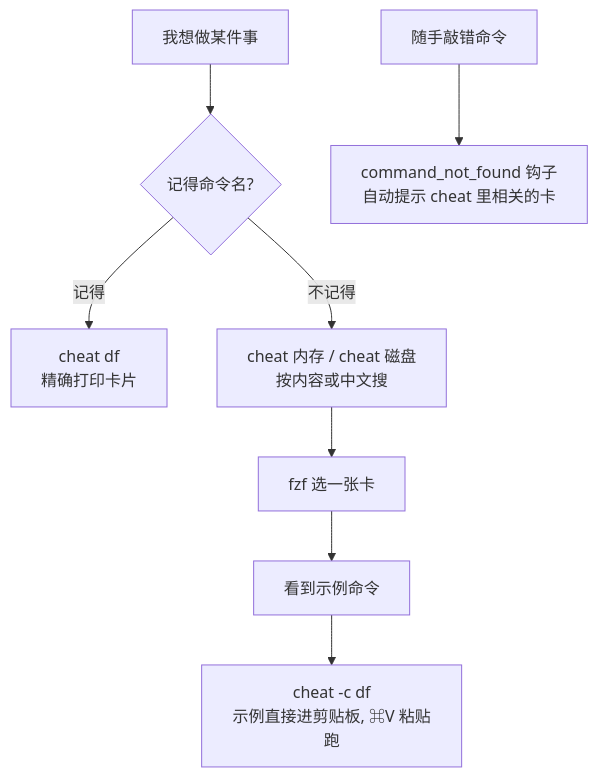
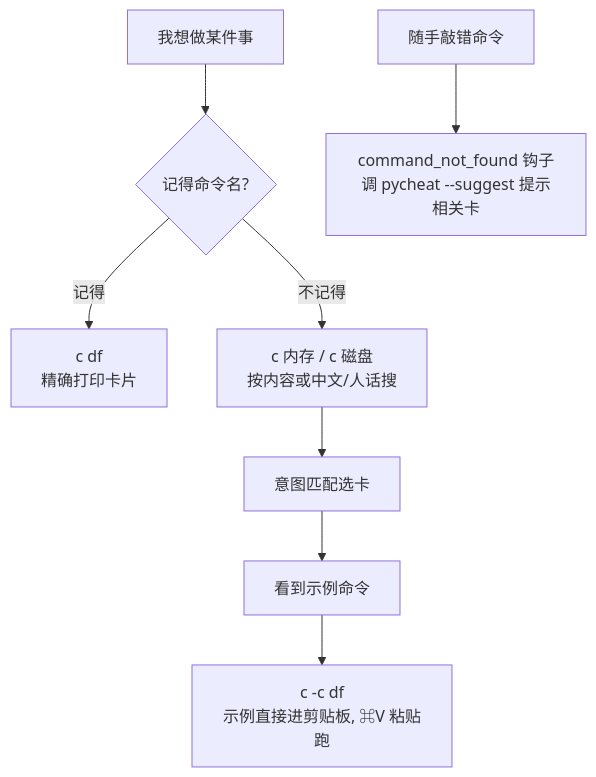
The third of 3 diagrams in 个人终端工具箱.md (OGGIoao/terminal-list), drawn with Mermaid before and after one commit. The commit also changed other lines of this file and 3 other files, not shown here.

First line of the commit message:
refactor: 废弃旧版 cheat(zsh 函数)，统一由 pycheat 取代

````diff
--- a/个人终端工具箱.md
+++ b/个人终端工具箱.md
@@ -545,10 +549,10 @@
 ```mermaid
 flowchart TD
     A[我想做某件事] --> B{记得命令名?}
-    B -->|记得| C["cheat df<br/>精确打印卡片"]
-    B -->|不记得| D["cheat 内存 / cheat 磁盘<br/>按内容或中文搜"]
-    D --> E[fzf 选一张卡]
+    B -->|记得| C["c df<br/>精确打印卡片"]
+    B -->|不记得| D["c 内存 / c 磁盘<br/>按内容或中文/人话搜"]
+    D --> E[意图匹配选卡]
     E --> F[看到示例命令]
-    F --> G["cheat -c df<br/>示例直接进剪贴板, ⌘V 粘贴跑"]
-    H[随手敲错命令] --> I["command_not_found 钩子<br/>自动提示 cheat 里相关的卡"]
+    F --> G["c -c df<br/>示例直接进剪贴板, ⌘V 粘贴跑"]
+    H[随手敲错命令] --> I["command_not_found 钩子<br/>调 pycheat --suggest 提示相关卡"]
 ```
````
